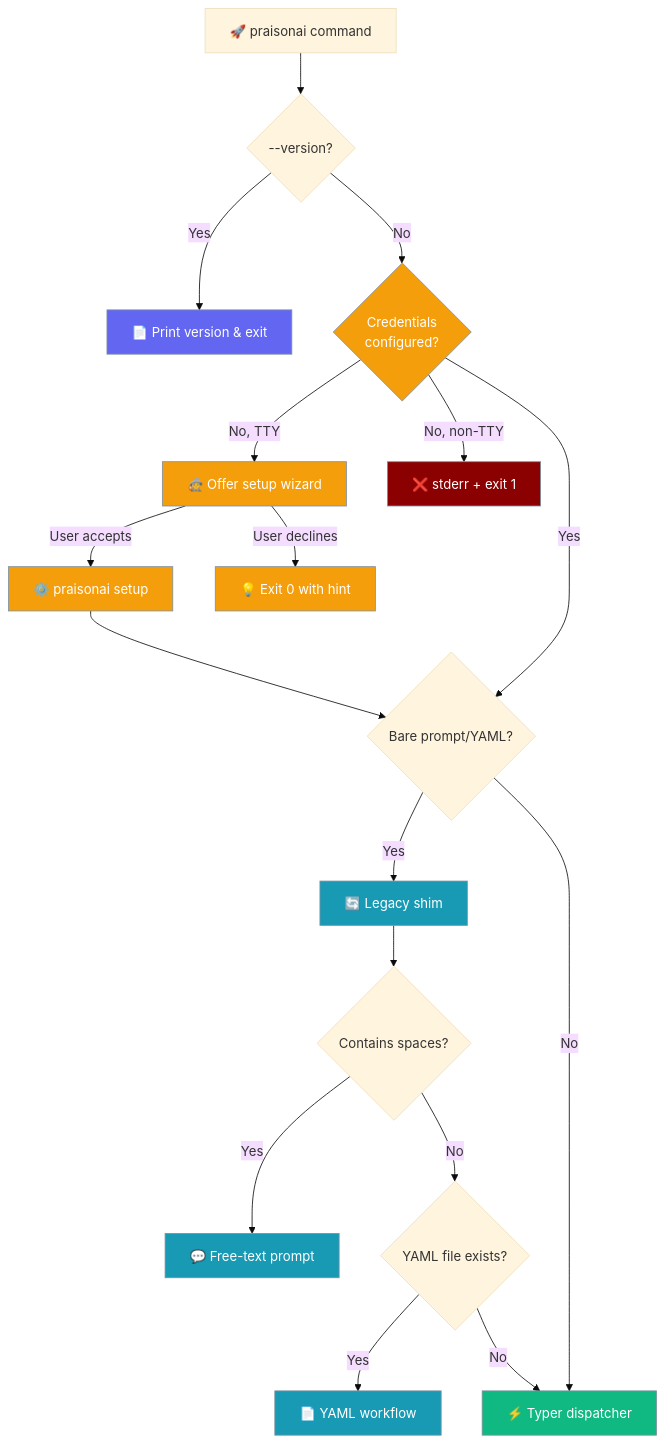
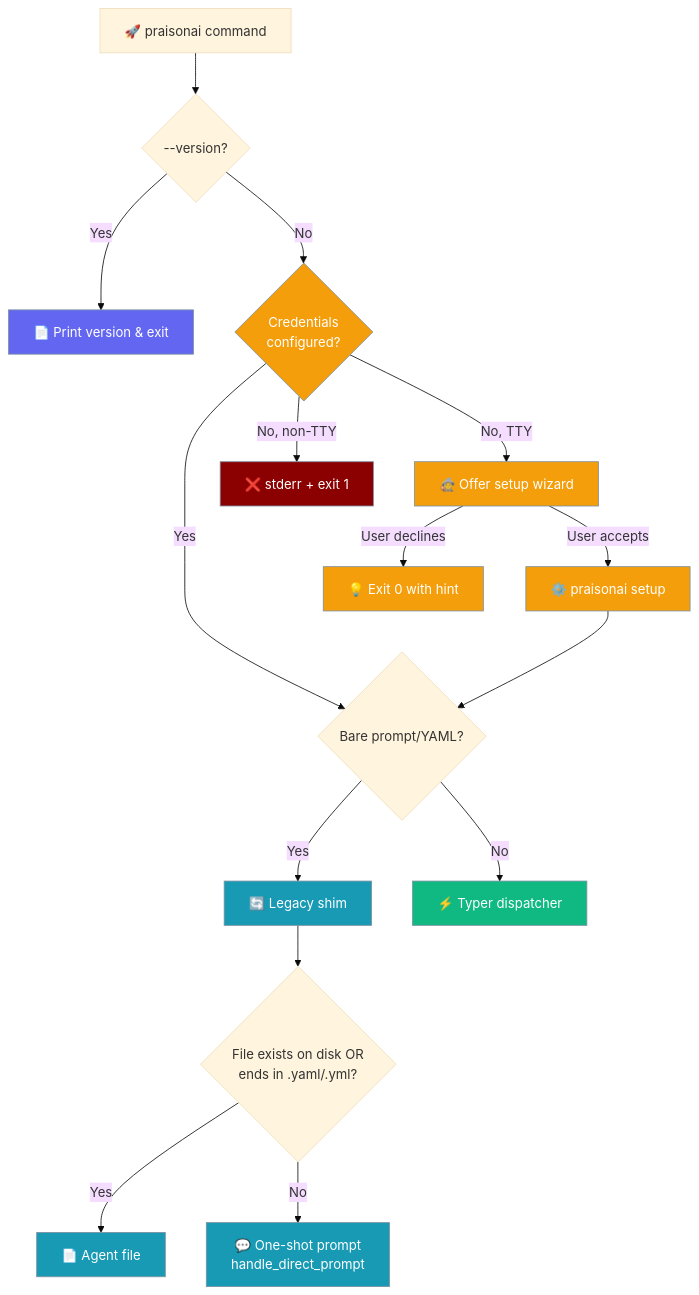
One commit to MervinPraison/PraisonAIDocs changed the diagram in docs/cli/cli.mdx. Above: the diagram before and after it, drawn with Mermaid (base theme). The commit also changed other lines of this file and 3 other files, not shown here.

First line of the commit message:
docs: update CLI docs for one-shot bare positional prompt (fixes #995)

````diff
--- a/docs/cli/cli.mdx
+++ b/docs/cli/cli.mdx
@@ -21,33 +21,31 @@
 ```mermaid
 graph TB
     Start[🚀 praisonai command] --> Version{--version?}
     Version -->|Yes| PrintVersion[📄 Print version & exit]
     Version -->|No| Auth{Credentials<br/>configured?}
     Auth -->|No, TTY| Wizard[🧙 Offer setup wizard]
     Auth -->|No, non-TTY| Err[❌ stderr + exit 1]
     Auth -->|Yes| LegacyCheck{Bare prompt/YAML?}
     Wizard -->|User accepts| SetupRun[⚙️ praisonai setup]
     Wizard -->|User declines| Exit0[💡 Exit 0 with hint]
     SetupRun --> LegacyCheck
     LegacyCheck -->|Yes| Legacy[🔄 Legacy shim]
     LegacyCheck -->|No| Typer[⚡ Typer dispatcher]
     
-    Legacy --> PromptCheck{Contains spaces?}
-    PromptCheck -->|Yes| FreeText[💬 Free-text prompt]
-    PromptCheck -->|No| FileCheck{YAML file exists?}
-    FileCheck -->|Yes| YAMLFile[📄 YAML workflow]
-    FileCheck -->|No| Typer
+    Legacy --> FileOrYaml{File exists on disk OR<br/>ends in .yaml/.yml?}
+    FileOrYaml -->|Yes| YAMLFile[📄 Agent file]
+    FileOrYaml -->|No| FreeText[💬 One-shot prompt<br/>handle_direct_prompt]
     
     classDef version fill:#6366F1,stroke:#7C90A0,color:#fff
     classDef auth fill:#F59E0B,stroke:#7C90A0,color:#fff
     classDef error fill:#8B0000,stroke:#7C90A0,color:#fff
     classDef legacy fill:#189AB4,stroke:#7C90A0,color:#fff
     classDef typer fill:#10B981,stroke:#7C90A0,color:#fff
     
     class PrintVersion version
     class Auth auth
     class Wizard,SetupRun,Exit0 auth
     class Err error
     class Legacy,FreeText,YAMLFile legacy
     class Typer typer
 ```
````
